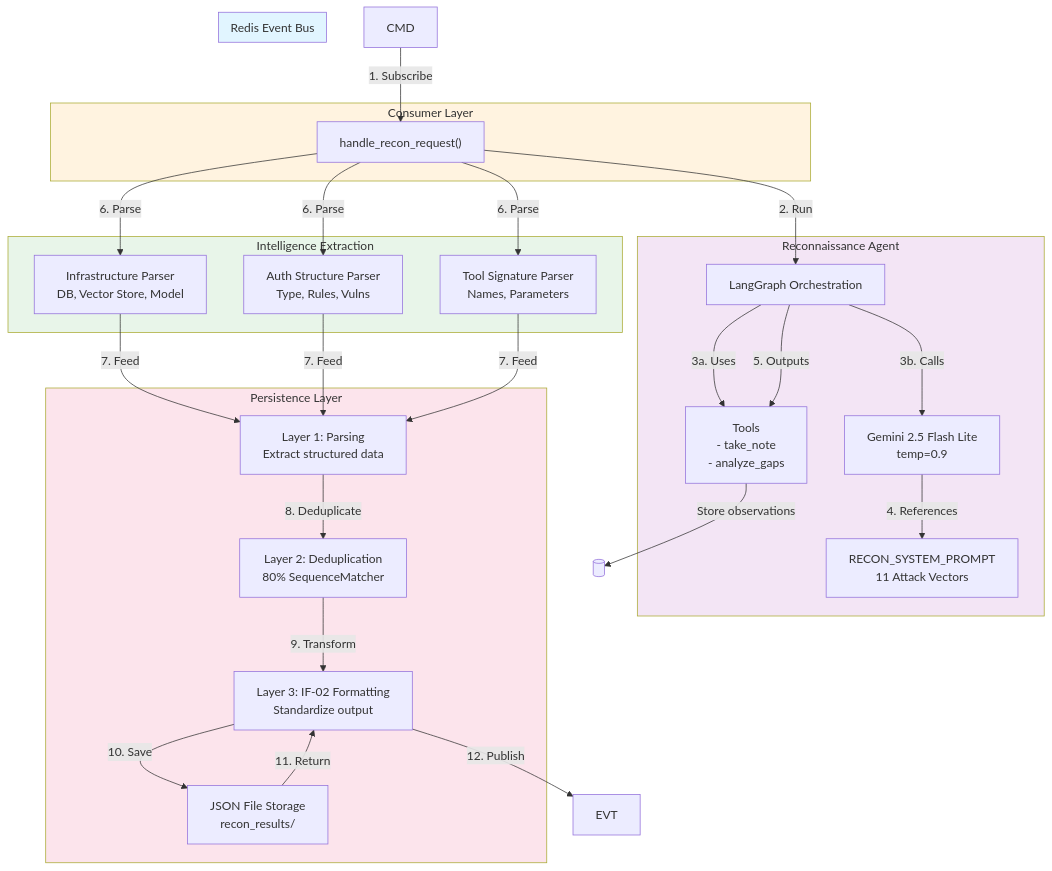
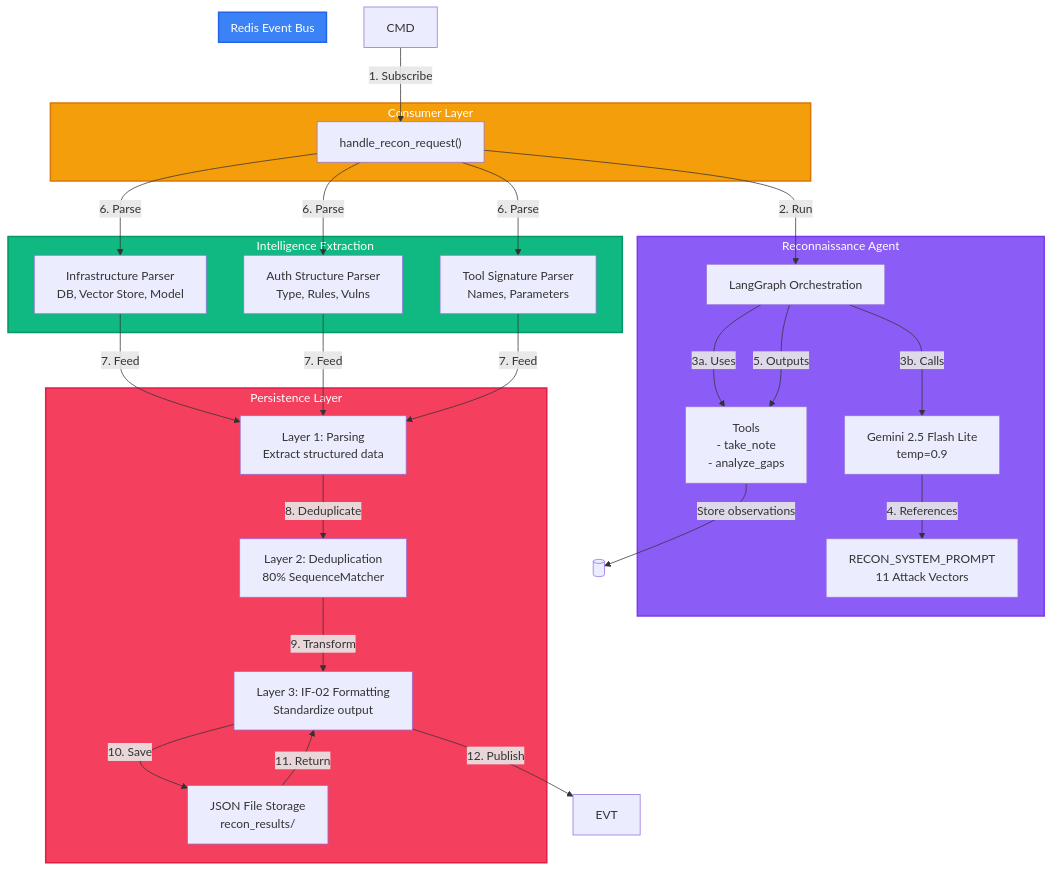
The first of 2 diagrams in services/cartographer/README.md (h19overflow/ASPEXA_AUTOMA), drawn with Mermaid before and after one commit. The commit also changed other lines of this file and 50 other files, not shown here.

````diff
--- a/services/cartographer/README.md
+++ b/services/cartographer/README.md
@@ -139,54 +139,54 @@
 ```mermaid
 graph TB
     subgraph EventBus ["Redis Event Bus"]
     end
 
     subgraph Consumer ["Consumer Layer"]
         HANDLER["handle_recon_request()"]
     end
 
     subgraph Agent ["Reconnaissance Agent"]
         GRAPH["LangGraph Orchestration"]
         LLMMODEL["Gemini 2.5 Flash Lite<br/>temp=0.9"]
         TOOLS["Tools<br/>- take_note<br/>- analyze_gaps"]
         PROMPT["RECON_SYSTEM_PROMPT<br/>11 Attack Vectors"]
     end
 
     subgraph Intelligence ["Intelligence Extraction"]
         INFRA["Infrastructure Parser<br/>DB, Vector Store, Model"]
         AUTH["Auth Structure Parser<br/>Type, Rules, Vulns"]
         TOOLPARSER["Tool Signature Parser<br/>Names, Parameters"]
     end
 
     subgraph Persistence ["Persistence Layer"]
         PARSE["Layer 1: Parsing<br/>Extract structured data"]
         DEDUP["Layer 2: Deduplication<br/>80% SequenceMatcher"]
         TRANSFORM["Layer 3: IF-02 Formatting<br/>Standardize output"]
         STORAGE["JSON File Storage<br/>recon_results/"]
     end
 
     CMD -->|1. Subscribe| HANDLER
     HANDLER -->|2. Run| GRAPH
     GRAPH -->|3a. Uses| TOOLS
     GRAPH -->|3b. Calls| LLMMODEL
     LLMMODEL -->|4. References| PROMPT
     GRAPH -->|5. Outputs| TOOLS
     TOOLS -->|Store observations| INTELLIGENCE[(" ")]
     HANDLER -->|6. Parse| INFRA
     HANDLER -->|6. Parse| AUTH
     HANDLER -->|6. Parse| TOOLPARSER
     INFRA -->|7. Feed| PARSE
     AUTH -->|7. Feed| PARSE
     TOOLPARSER -->|7. Feed| PARSE
     PARSE -->|8. Deduplicate| DEDUP
     DEDUP -->|9. Transform| TRANSFORM
     TRANSFORM -->|10. Save| STORAGE
     STORAGE -->|11. Return| TRANSFORM
     TRANSFORM -->|12. Publish| EVT
 
-    style EventBus fill:#e1f5ff
-    style Consumer fill:#fff3e0
-    style Agent fill:#f3e5f5
-    style Intelligence fill:#e8f5e9
-    style Persistence fill:#fce4ec
+    style EventBus fill:#3b82f6,stroke:#2563eb,stroke-width:2px,color:#fff
+    style Consumer fill:#f59e0b,stroke:#d97706,stroke-width:2px,color:#fff
+    style Agent fill:#8b5cf6,stroke:#7c3aed,stroke-width:2px,color:#fff
+    style Intelligence fill:#10b981,stroke:#059669,stroke-width:2px,color:#fff
+    style Persistence fill:#f43f5e,stroke:#e11d48,stroke-width:2px,color:#fff
 ```
````
